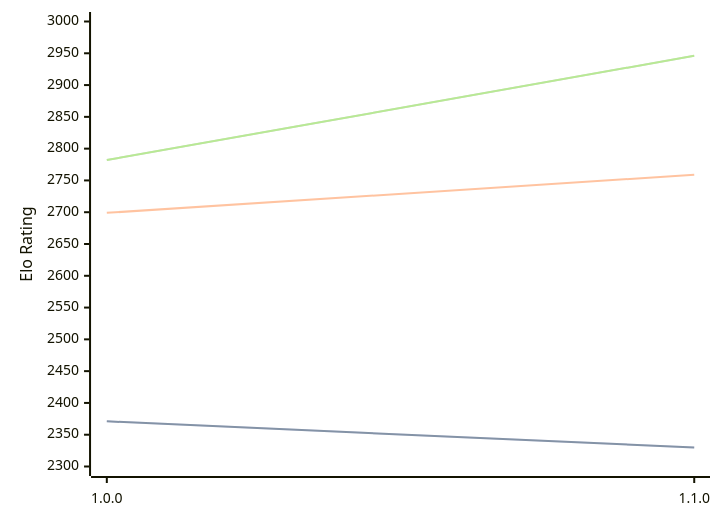
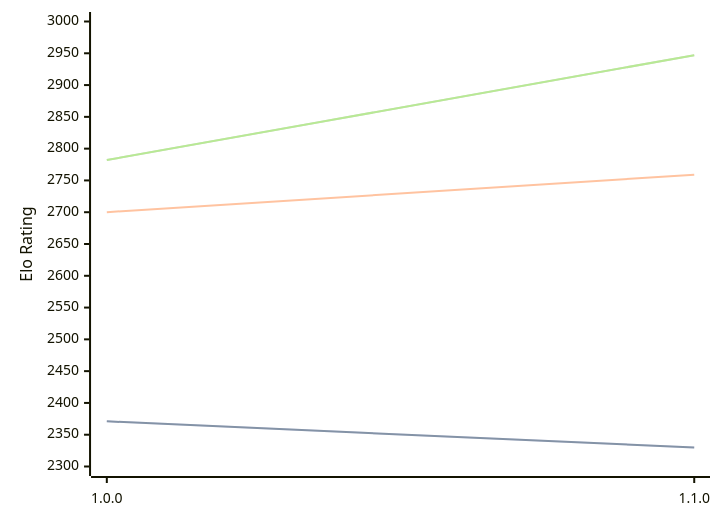
The diagram in engines/ShallowGuess.md (computer-chess-index/cci), drawn with Mermaid before and after one commit. The commit also changed other lines of this file, not shown here.

Commit message:
Update CCI Ratings (ELO VLTC) - 2026-04-25

````diff
--- a/engines/ShallowGuess.md
+++ b/engines/ShallowGuess.md
@@ -36,11 +36,11 @@
 ```mermaid
 %%{init: {"theme":"base","themeVariables":{"seriesColors:['#a3a3a3','#222221','#faa371']}}}%%
 xychart-beta
   x-axis ["1.0.0", "1.1.0"]
   y-axis "Elo Rating" 2300 --> 3000
   line "STC (8.0+0.08s)" [2371, 2330]
   line "STC (8.0+0.08s)" [2371, 2330]
-  line "LTC (60.0+0.60s)" [2699, 2759]
-  line "VLTC (2m24s+1.12s)" [2782, 2946]
-  line "VLTC (2m24s+1.12s)" [2782, 2946]
+  line "LTC (60.0+0.60s)" [2700, 2759]
+  line "VLTC (2m24s+1.12s)" [2782, 2947]
+  line "VLTC (2m24s+1.12s)" [2782, 2947]
 ```
````
